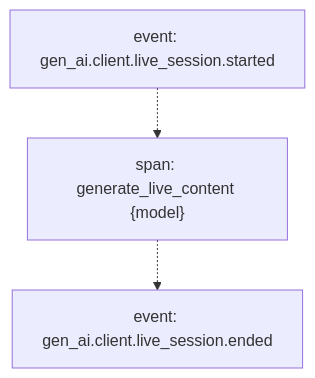
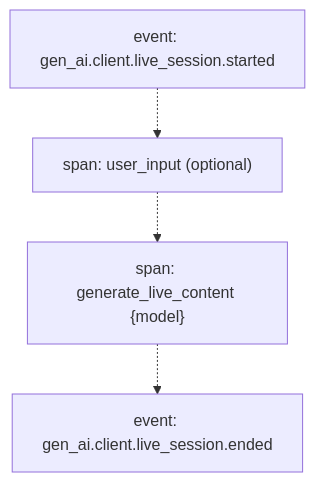
One commit to open-telemetry/semantic-conventions-genai changed the first of 2 diagrams in docs/gen-ai/gen-ai-spans.md. Above: the diagram before and after it, drawn with Mermaid. The commit also changed other lines of this file and 29 other files, not shown here.

First line of the commit message:
Add user_input span and tool-linking reference scenarios for live sessions

````diff
--- a/docs/gen-ai/gen-ai-spans.md
+++ b/docs/gen-ai/gen-ai-spans.md
@@ -415,7 +422,8 @@
 ```mermaid
 flowchart TD
     E0["event: gen_ai.client.live_session.started"]
+    U1["span: user_input (optional)"]
     S1["span: generate_live_content {model}"]
     E1["event: gen_ai.client.live_session.ended"]
-    E0 -.-> S1 -.-> E1
+    E0 -.-> U1 -.-> S1 -.-> E1
 ```
````
